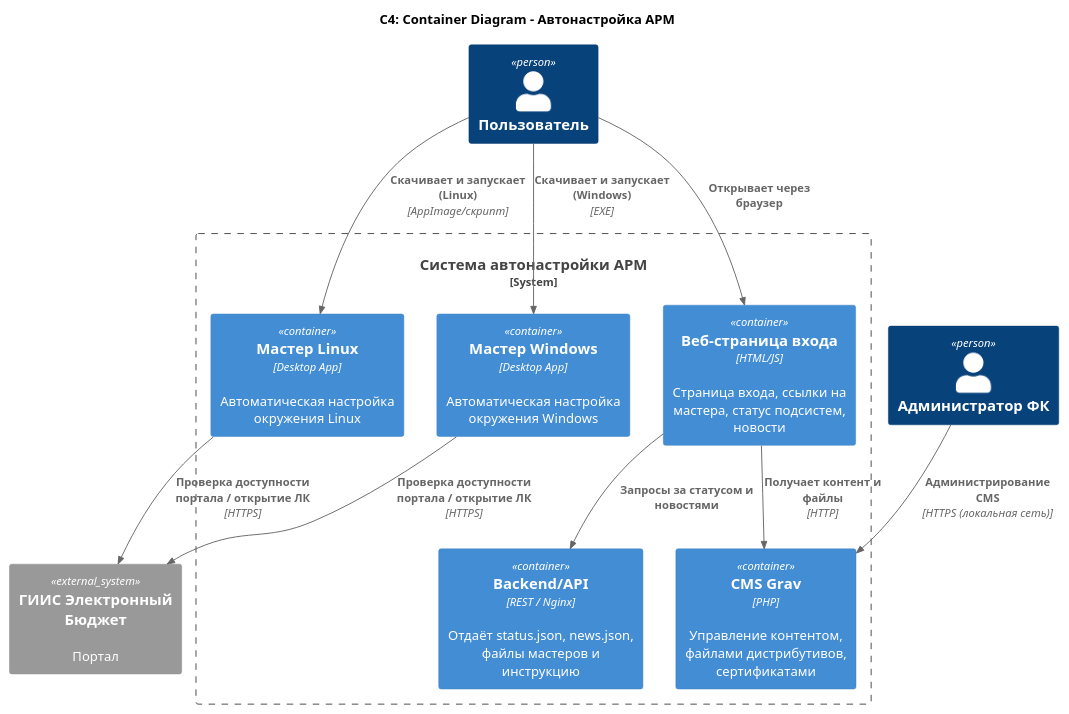
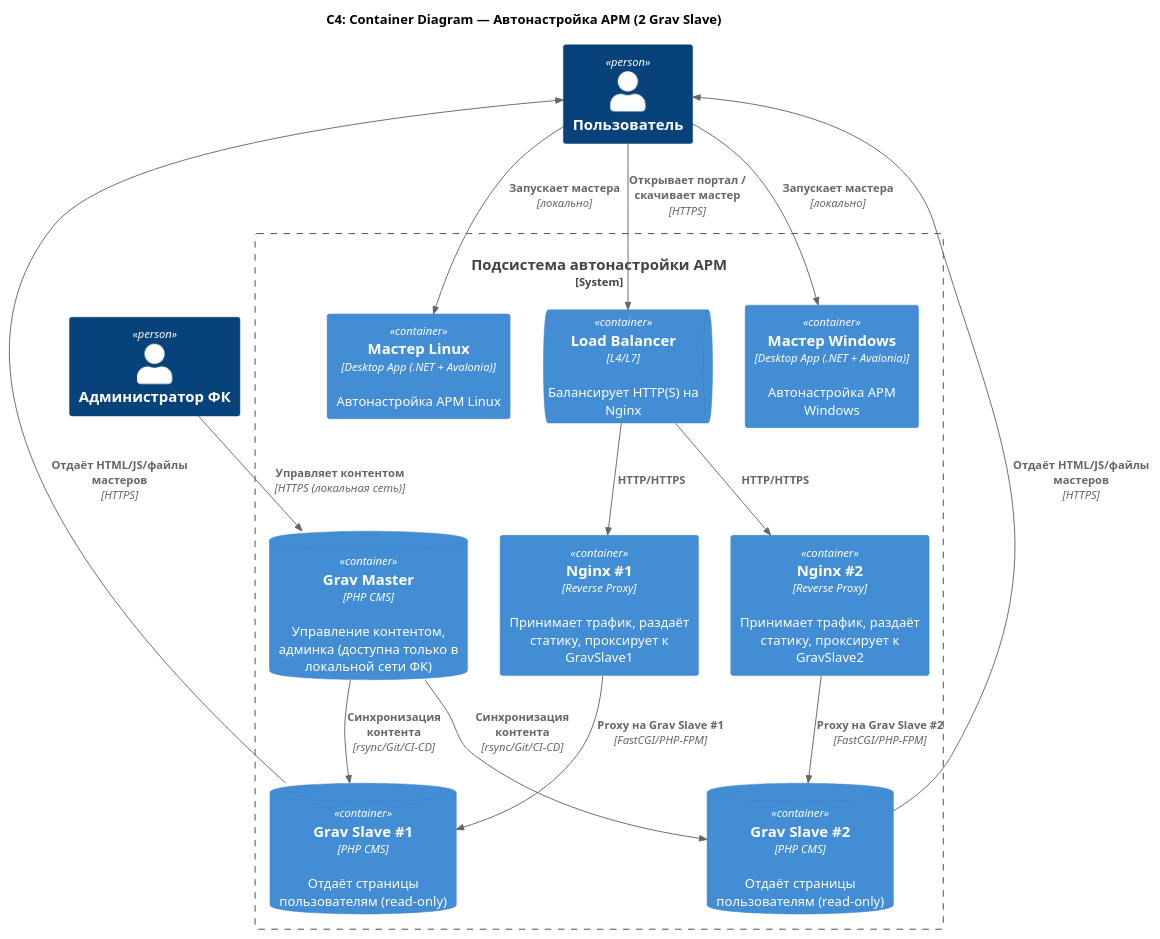
The diagram in docs/c4/c4-level2-containers.puml (LobovVit/automatic_workplace_setup), drawn with PlantUML before and after one commit. The commit also changed 7 other files, not shown here.

Commit message:
add: CMS Grav

```diff
--- a/docs/c4/c4-level2-containers.puml
+++ b/docs/c4/c4-level2-containers.puml
@@ -1,28 +1,46 @@
 @startuml c4-level2-containers
 !include ./include/C4_Container.puml
-title C4: Container Diagram – Автонастройка АРМ
+title C4: Container Diagram — Автонастройка АРМ (2 Grav Slave)
 
 Person(user, "Пользователь")
+Person(admin, "Администратор ФК")
 
-System_Boundary(sys, "Система автонастройки АРМ") {
-  Container(web, "Веб-страница входа", "HTML/JS", "Страница входа, ссылки на мастера, статус подсистем, новости")
-  Container(grav, "CMS Grav", "PHP", "Управление контентом, файлами дистрибутивов, сертификатами")
-  Container(backend, "Backend/API", "REST / Nginx", "Отдаёт status.json, news.json, файлы мастеров и инструкцию")
-  Container(master_win, "Мастер Windows", "Desktop App", "Автоматическая настройка окружения Windows")
-  Container(master_linux, "Мастер Linux", "Desktop App", "Автоматическая настройка окружения Linux")
+System_Boundary(sys, "Подсистема автонастройки АРМ") {
+
+  ContainerQueue(lb, "Load Balancer", "L4/L7", "Балансирует HTTP(S) на Nginx")
+
+  Container(nginx1, "Nginx #1", "Reverse Proxy", "Принимает трафик, раздаёт статику, проксирует к GravSlave1")
+  Container(nginx2, "Nginx #2", "Reverse Proxy", "Принимает трафик, раздаёт статику, проксирует к GravSlave2")
+
+  ContainerDb(grav_master, "Grav Master", "PHP CMS", "Управление контентом, админка (доступна только в локальной сети ФК)")
+  ContainerDb(grav_slave1, "Grav Slave #1", "PHP CMS", "Отдаёт страницы пользователям (read-only)")
+  ContainerDb(grav_slave2, "Grav Slave #2", "PHP CMS", "Отдаёт страницы пользователям (read-only)")
+
+  Container(master_win, "Мастер Windows", "Desktop App (.NET + Avalonia)", "Автонастройка АРМ Windows")
+  Container(master_linux, "Мастер Linux", "Desktop App (.NET + Avalonia)", "Автонастройка АРМ Linux")
 }
 
-System_Ext(eb, "ГИИС Электронный Бюджет", "Портал")
+' Пользователь открывает портал
+Rel(user, lb, "Открывает портал / скачивает мастер", "HTTPS")
 
-Rel(user, web, "Открывает через браузер")
-Rel(web, backend, "Запросы за статусом и новостями")
-Rel(user, master_win, "Скачивает и запускает (Windows)", "EXE")
-Rel(user, master_linux, "Скачивает и запускает (Linux)", "AppImage/скрипт")
-Rel(master_win, eb, "Проверка доступности портала / открытие ЛК", "HTTPS")
-Rel(master_linux, eb, "Проверка доступности портала / открытие ЛК", "HTTPS")
+Rel(lb, nginx1, "HTTP/HTTPS")
+Rel(lb, nginx2, "HTTP/HTTPS")
 
-Person(admin, "Администратор ФК")
-Rel(web, grav, "Получает контент и файлы", "HTTP")
-Rel(admin, grav, "Администрирование CMS", "HTTPS (локальная сеть)")
+Rel(nginx1, grav_slave1, "Proxy на Grav Slave #1", "FastCGI/PHP-FPM")
+Rel(nginx2, grav_slave2, "Proxy на Grav Slave #2", "FastCGI/PHP-FPM")
+
+Rel(grav_slave1, user, "Отдаёт HTML/JS/файлы мастеров", "HTTPS")
+Rel(grav_slave2, user, "Отдаёт HTML/JS/файлы мастеров", "HTTPS")
+
+' Репликация Master → оба Slave
+Rel(grav_master, grav_slave1, "Синхронизация контента", "rsync/Git/CI-CD")
+Rel(grav_master, grav_slave2, "Синхронизация контента", "rsync/Git/CI-CD")
+
+' Администратор
+Rel(admin, grav_master, "Управляет контентом", "HTTPS (локальная сеть)")
+
+' Пользователь запускает мастер локально
+Rel(user, master_win, "Запускает мастера", "локально")
+Rel(user, master_linux, "Запускает мастера", "локально")
 
 @enduml
```
